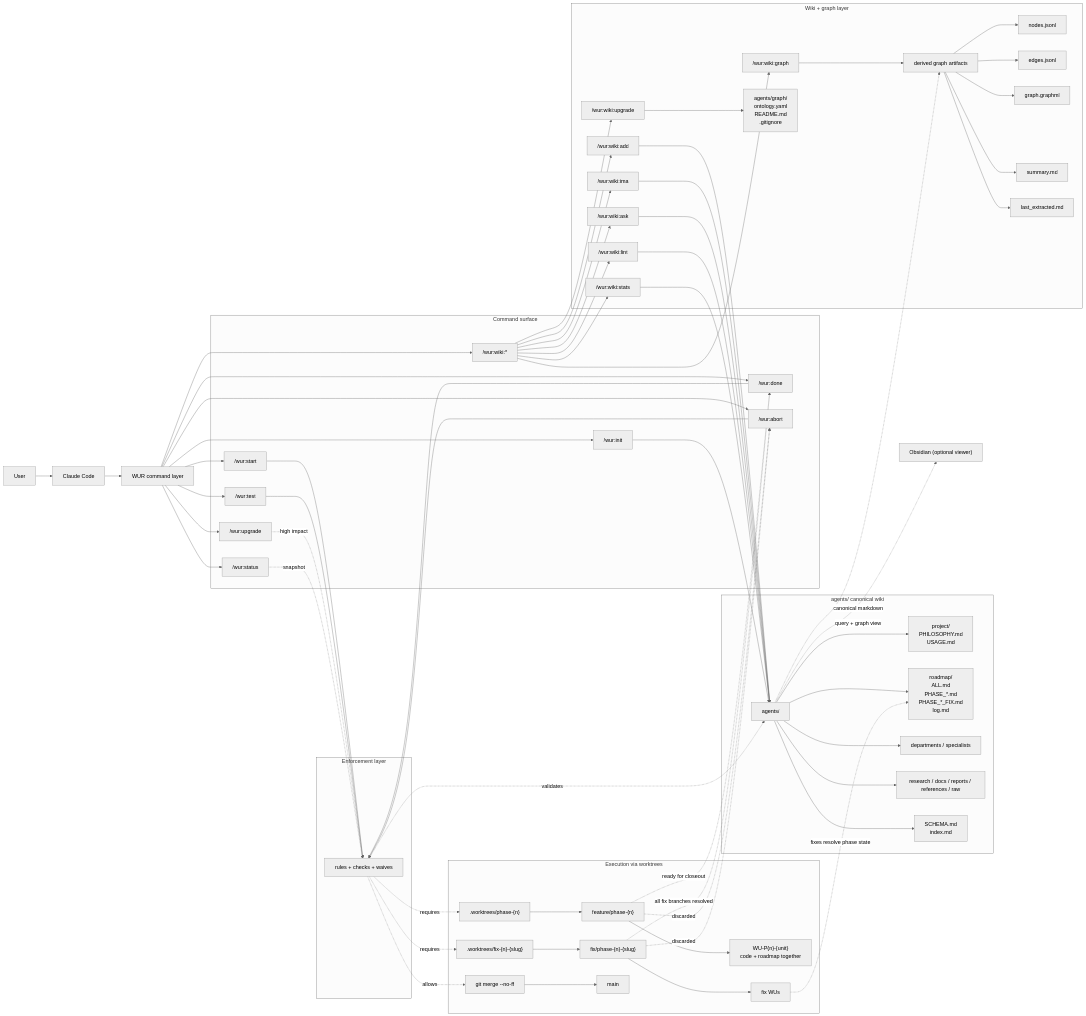
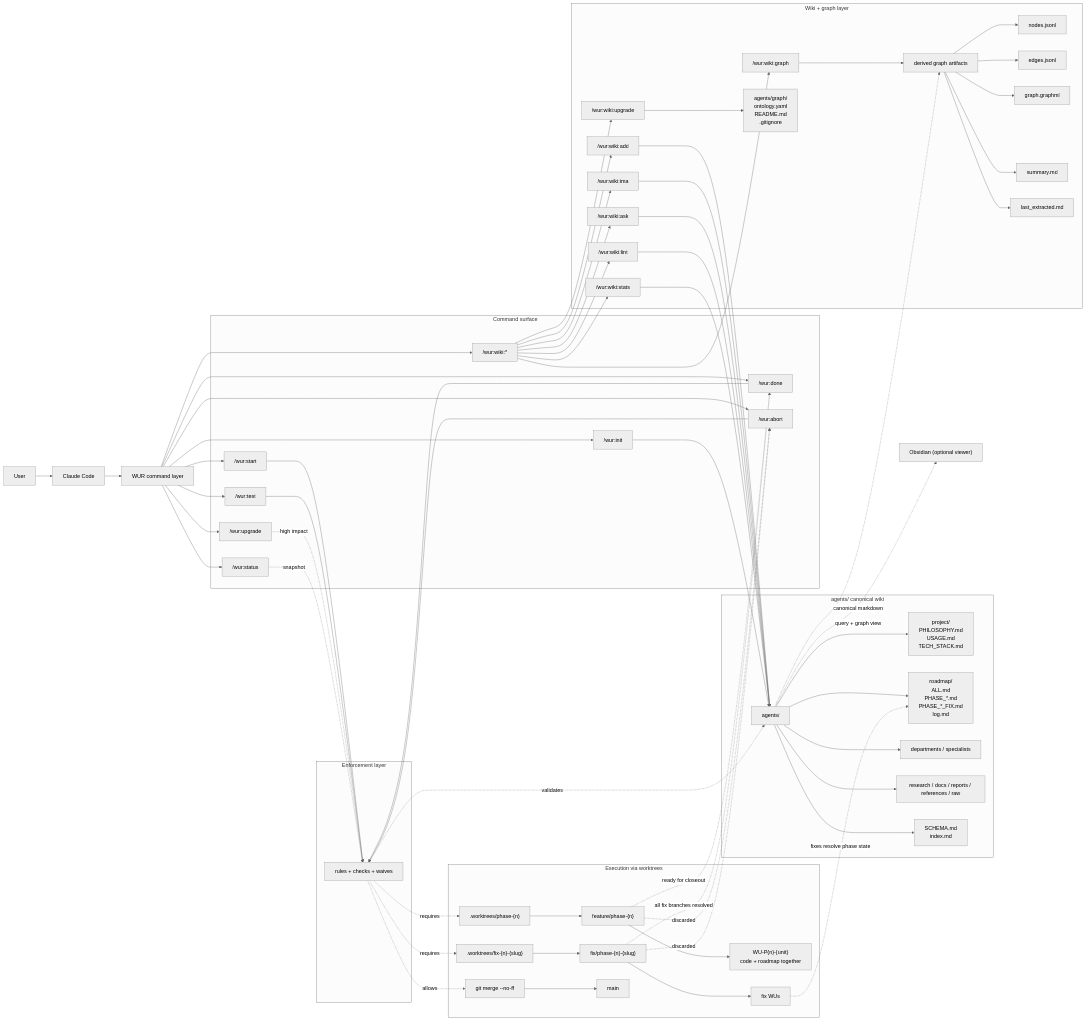
The diagram in README.md (truong170201/work-unit-roadmap), drawn with Mermaid (neutral theme) before and after one commit. The commit also changed other lines of this file and 7 other files, not shown here.

Commit message:
Add tech stack defaults to WUR planning

```diff
--- a/README.md
+++ b/README.md
@@ -311,7 +313,7 @@
 
     subgraph AW["agents/ canonical wiki"]
         A["agents/"]
-        P["project/<br/>PHILOSOPHY.md<br/>USAGE.md"]
+        P["project/<br/>PHILOSOPHY.md<br/>USAGE.md<br/>TECH_STACK.md"]
         R["roadmap/<br/>ALL.md<br/>PHASE_*.md<br/>PHASE_*_FIX.md<br/>log.md"]
         SP["departments / specialists"]
         K["research / docs / reports / references / raw"]
```
